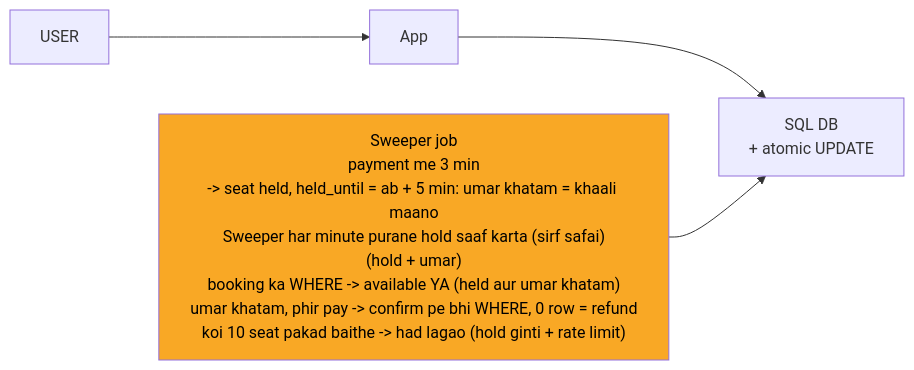
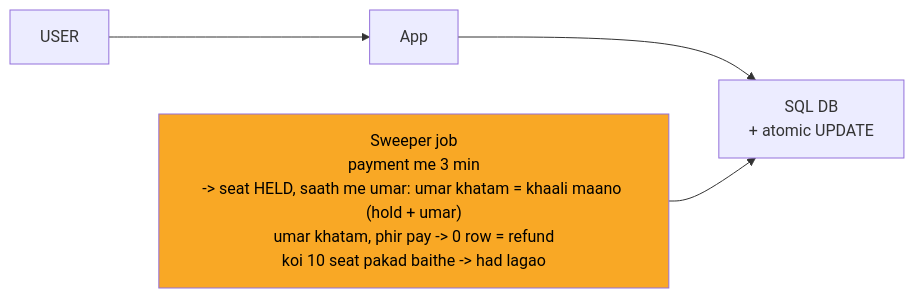
The diagram in 04_HLD/SYSTEM_DESIGNS/09_bookmyshow/img/c2.mmd (ArpanMaheshwari144/Prep), drawn with Mermaid before and after one commit. The commit also changed 30 other files, not shown here.

```diff
--- a/04_HLD/SYSTEM_DESIGNS/09_bookmyshow/img/c2.mmd
+++ b/04_HLD/SYSTEM_DESIGNS/09_bookmyshow/img/c2.mmd
@@ -1,10 +1,10 @@
 %%{init: {"flowchart": {"wrappingWidth": 450}}}%%
 flowchart LR
     n_USER["USER"]
     n_App["App"]
     n_SQL_DB["SQL DB<br/>+ atomic UPDATE"]
-    n_Sweeper_job["Sweeper job<br/>payment me 3 min<br/>-> seat held, held_until = ab + 5 min: umar khatam = khaali maano<br/>Sweeper har minute purane hold saaf karta (sirf safai)<br/>(hold + umar)<br/>booking ka WHERE -> available YA (held aur umar khatam)<br/>umar khatam, phir pay -> confirm pe bhi WHERE, 0 row = refund<br/>koi 10 seat pakad baithe -> had lagao (hold ginti + rate limit)"]
+    n_Sweeper_job["Sweeper job<br/>payment me 3 min<br/>-> seat HELD, saath me umar: umar khatam = khaali maano (hold + umar)<br/>umar khatam, phir pay -> 0 row = refund<br/>koi 10 seat pakad baithe -> had lagao"]
     n_USER --> n_App
     n_App --> n_SQL_DB
     n_Sweeper_job --> n_SQL_DB
     style n_Sweeper_job fill:#f9a825,color:#000
```
